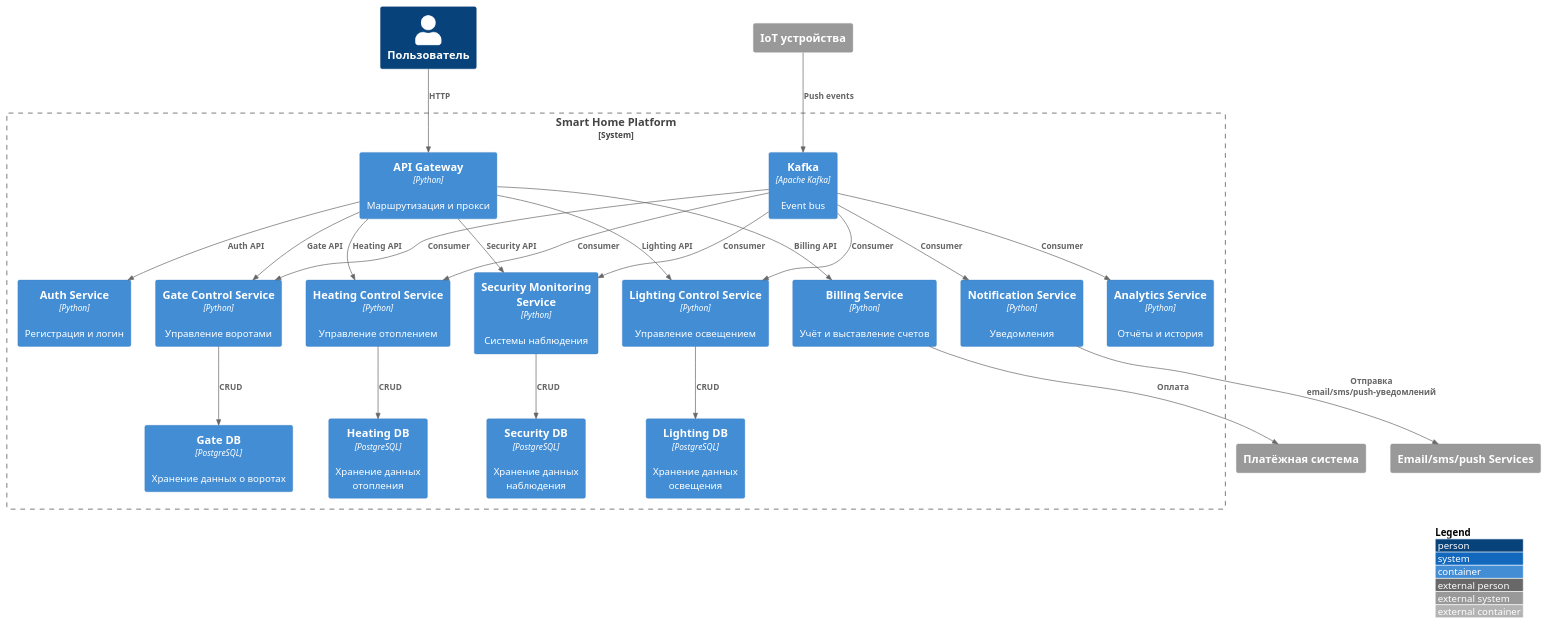
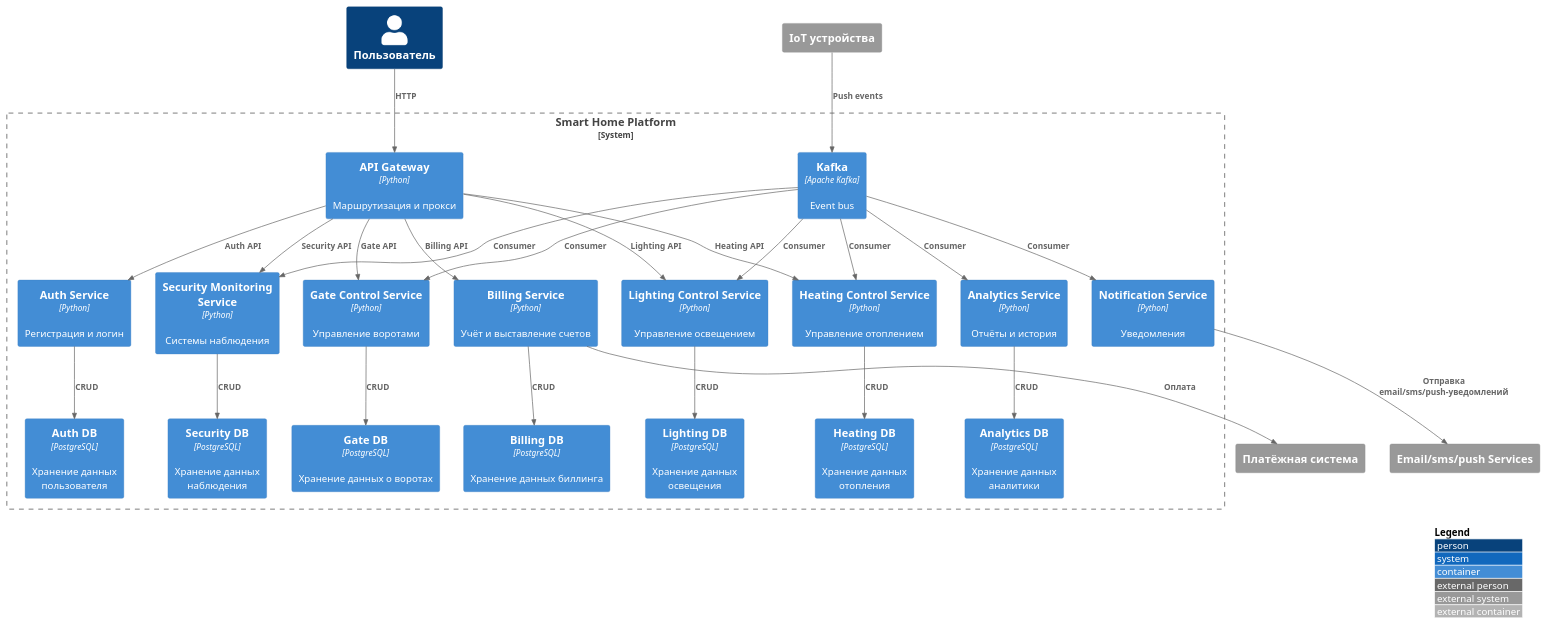
The diagram in docs/architecture/microservices/container.puml (Naumov1889/architecture-sprint-3), drawn with PlantUML before and after one commit. The commit also changed 18 other files, not shown here.

```diff
--- a/docs/architecture/microservices/container.puml
+++ b/docs/architecture/microservices/container.puml
@@ -1,49 +1,55 @@
 @startuml
 !includeurl https://raw.githubusercontent.com/plantuml-stdlib/C4-PlantUML/master/C4_Container.puml
 LAYOUT_WITH_LEGEND()
 Person(user, "Пользователь")
 System_Boundary(s1, "Smart Home Platform") {
     Container(apigw, "API Gateway", "Python", "Маршрутизация и прокси")
     Container(auth, "Auth Service", "Python", "Регистрация и логин")
+    Container(auth_db, "Auth DB", "PostgreSQL", "Хранение данных пользователя")
     Container(heating, "Heating Control Service", "Python", "Управление отоплением")
     Container(light, "Lighting Control Service", "Python", "Управление освещением")
     Container(security, "Security Monitoring Service", "Python", "Системы наблюдения")
     Container(gate, "Gate Control Service", "Python", "Управление воротами")
     Container(heating_db, "Heating DB", "PostgreSQL", "Хранение данных отопления")
     Container(light_db, "Lighting DB", "PostgreSQL", "Хранение данных освещения")
     Container(security_db, "Security DB", "PostgreSQL", "Хранение данных наблюдения")
     Container(gate_db, "Gate DB", "PostgreSQL", "Хранение данных о воротах")
     Container(billing, "Billing Service", "Python", "Учёт и выставление счетов")
+    Container(billing_db, "Billing DB", "PostgreSQL", "Хранение данных биллинга")
     Container(notify, "Notification Service", "Python", "Уведомления")
     Container(analytics, "Analytics Service", "Python", "Отчёты и история")
+    Container(analytics_db, "Analytics DB", "PostgreSQL", "Хранение данных аналитики")
     Container(kafka, "Kafka", "Apache Kafka", "Event bus")
 }
 System_Ext(extpay, "Платёжная система")
 System_Ext(devices, "IoT устройства")
 System_Ext(ext_notification, "Email/sms/push Services")
 
 Rel(user, apigw, "HTTP")
 Rel(apigw, auth, "Auth API")
 Rel(apigw, heating, "Heating API")
 Rel(apigw, light, "Lighting API")
 Rel(apigw, security, "Security API")
 Rel(apigw, gate, "Gate API")
 Rel(apigw, billing, "Billing API")
 
 Rel(heating, heating_db, "CRUD")
 Rel(light, light_db, "CRUD")
 Rel(security, security_db, "CRUD")
 Rel(gate, gate_db, "CRUD")
+Rel(billing, billing_db, "CRUD")
+Rel(analytics, analytics_db, "CRUD")
+Rel(auth, auth_db, "CRUD")
 
 Rel(billing, extpay, "Оплата")
 Rel(devices, kafka, "Push events")
 
 Rel(kafka, heating, "Consumer")
 Rel(kafka, light, "Consumer")
 Rel(kafka, security, "Consumer")
 Rel(kafka, gate, "Consumer")
 Rel(kafka, notify, "Consumer")
 Rel(kafka, analytics, "Consumer")
 
 Rel(notify, ext_notification, "Отправка email/sms/push-уведомлений")
 @enduml
```
